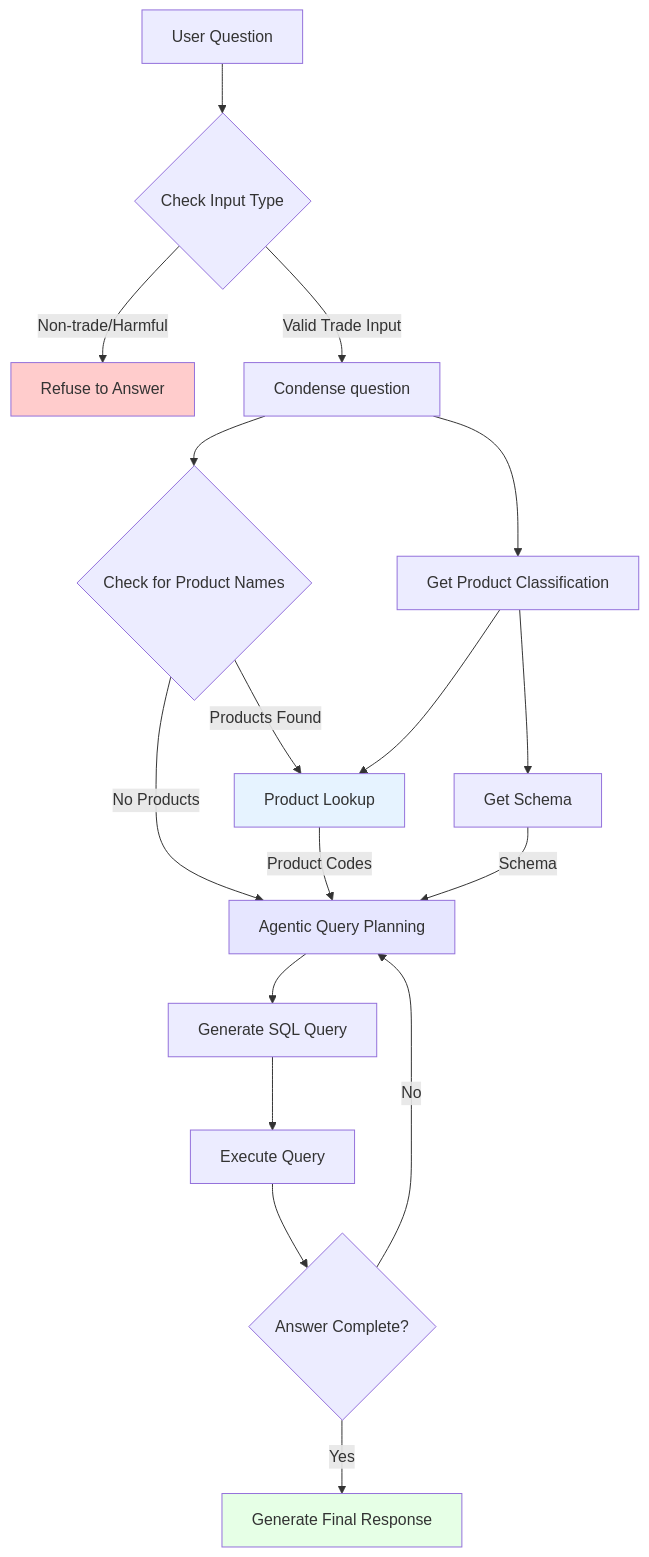
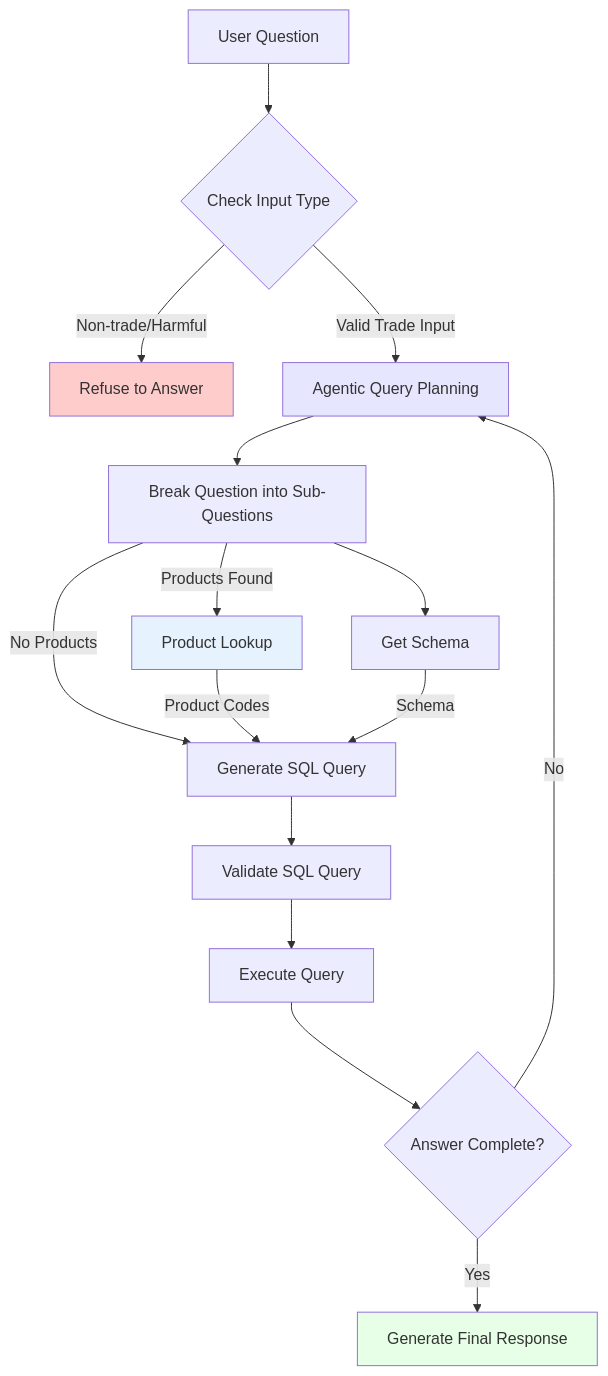
The diagram in README.md (shreyasgm/ask-atlas), drawn with Mermaid before and after one commit. The commit also changed other lines of this file, not shown here.

````diff
--- a/README.md
+++ b/README.md
@@ -6,31 +14,27 @@
 ```mermaid
 flowchart TD
     A[User Question] --> B{Check Input Type}
     B -->|Non-trade/Harmful| C[Refuse to Answer]
-    B -->|Valid Trade Input| D1[Condense question]
+    B -->|Valid Trade Input| D[Agentic Query Planning]
     
-    D1 --> D[Get Product Classification]
+    D --> E[Break Question into Sub-Questions]
 
-    D1 --> E{Check for Product Names}
-    
     E -->|Products Found| F[Product Lookup]
-    E -->|No Products| H[Agentic Query Planning]
-    
-    D --> F
+    E -->|No Products| H[Generate SQL Query]
     
     F -->|Product Codes| H
-    D --> D2[Get Schema]
-    D2 -->|Schema| H
+    E --> E2[Get Schema]
+    E2 -->|Schema| H
     
-    H --> H1[Generate SQL Query]
+    H --> H1[Validate SQL Query]
     H1 --> H2[Execute Query]
     H2 --> H3{Answer Complete?}
-    H3 -->|No| H
+    H3 -->|No| D
     H3 -->|Yes| J[Generate Final Response]
     
     
     style C fill:#ffcccc
     style F fill:#e6f3ff
-    style H fill:#e6e6ff
+    style D fill:#e6e6ff
     style J fill:#e6ffe6
 ```
````
